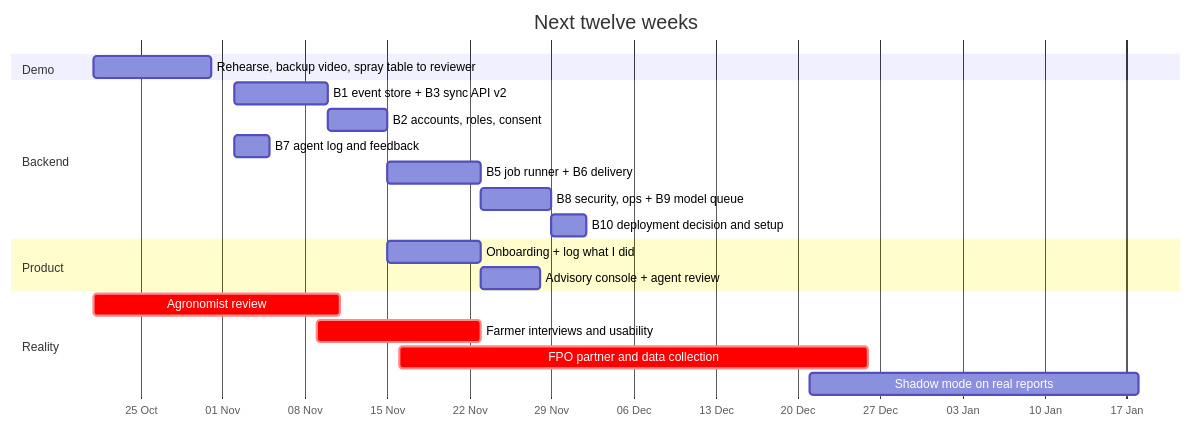
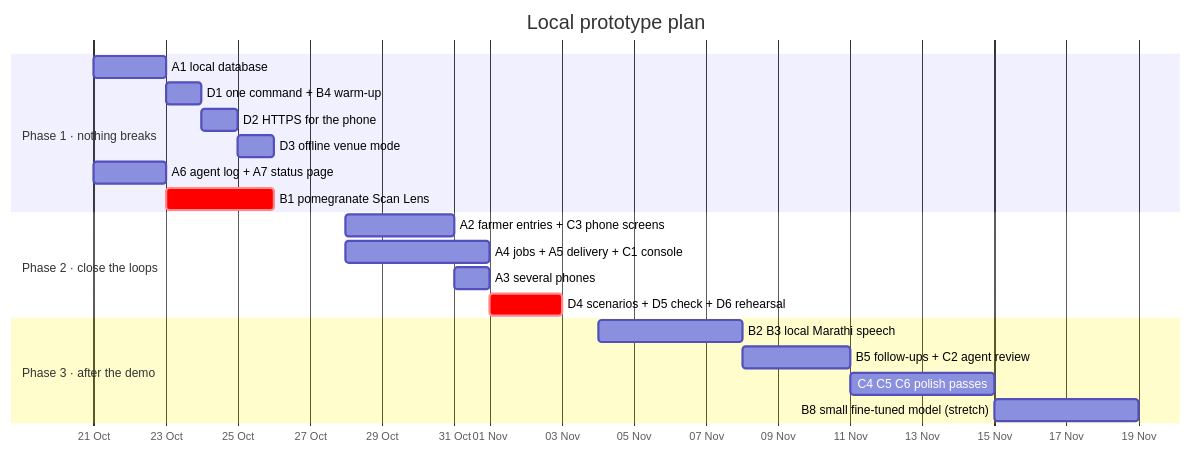
The second of 2 diagrams in docs/NEXT-STEPS.md (vizsh/KhetKundli), drawn with Mermaid before and after one commit. The commit also changed other lines of this file and 2 other files, not shown here.

First line of the commit message:
Rewrite next steps for a local-only prototype

````diff
--- a/docs/NEXT-STEPS.md
+++ b/docs/NEXT-STEPS.md
@@ -121,23 +111,23 @@
 ```mermaid
 gantt
-  title Next twelve weeks
+  title Local prototype plan
   dateFormat YYYY-MM-DD
   axisFormat %d %b
-  section Demo
-  Rehearse, backup video, spray table to reviewer :d1, 2026-10-21, 10d
-  section Backend
-  B1 event store + B3 sync API v2                 :b1, 2026-11-02, 8d
-  B2 accounts, roles, consent                     :b2, after b1, 5d
-  B7 agent log and feedback                       :b7, 2026-11-02, 3d
-  B5 job runner + B6 delivery                     :b5, after b2, 8d
-  B8 security, ops + B9 model queue               :b8, after b5, 6d
-  B10 deployment decision and setup               :b10, after b8, 3d
-  section Product
-  Onboarding + log what I did                     :p1, after b2, 8d
-  Advisory console + agent review                 :p2, after b5, 5d
-  section Reality
-  Agronomist review                               :crit, r1, 2026-10-21, 21d
-  Farmer interviews and usability                 :crit, r2, 2026-11-09, 14d
-  FPO partner and data collection                 :crit, r4, 2026-11-16, 40d
-  Shadow mode on real reports                     :r6, 2026-12-21, 28d
+  section Phase 1 · nothing breaks
+  A1 local database                        :a1, 2026-10-21, 2d
+  D1 one command + B4 warm-up              :d1, after a1, 1d
+  D2 HTTPS for the phone                   :d2, after d1, 1d
+  D3 offline venue mode                    :d3, after d2, 1d
+  A6 agent log + A7 status page            :a6, 2026-10-21, 2d
+  B1 pomegranate Scan Lens                 :crit, b1, 2026-10-23, 3d
+  section Phase 2 · close the loops
+  A2 farmer entries + C3 phone screens     :a2, 2026-10-28, 3d
+  A4 jobs + A5 delivery + C1 console       :a5, 2026-10-28, 4d
+  A3 several phones                        :a3, after a2, 1d
+  D4 scenarios + D5 check + D6 rehearsal   :crit, d4, 2026-11-01, 2d
+  section Phase 3 · after the demo
+  B2 B3 local Marathi speech               :b2, 2026-11-04, 4d
+  B5 follow-ups + C2 agent review          :b5, after b2, 3d
+  C4 C5 C6 polish passes                   :c4, after b5, 4d
+  B8 small fine-tuned model (stretch)      :b8, after c4, 4d
 ```
````
